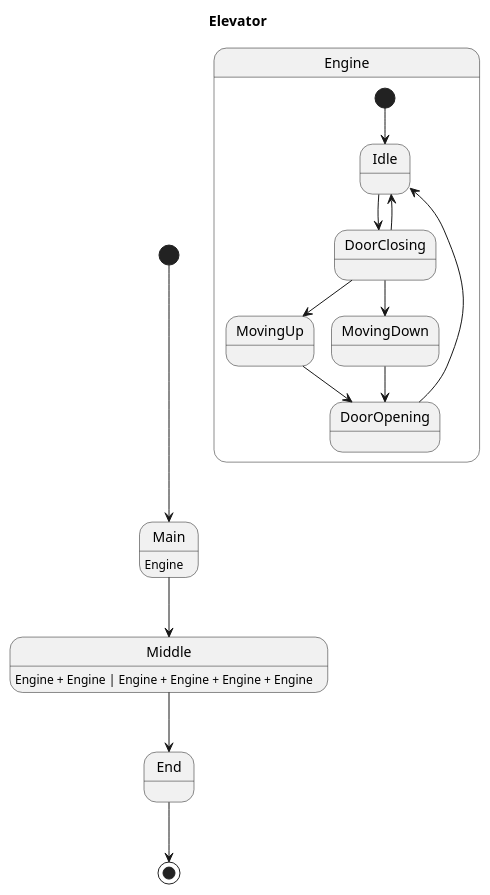
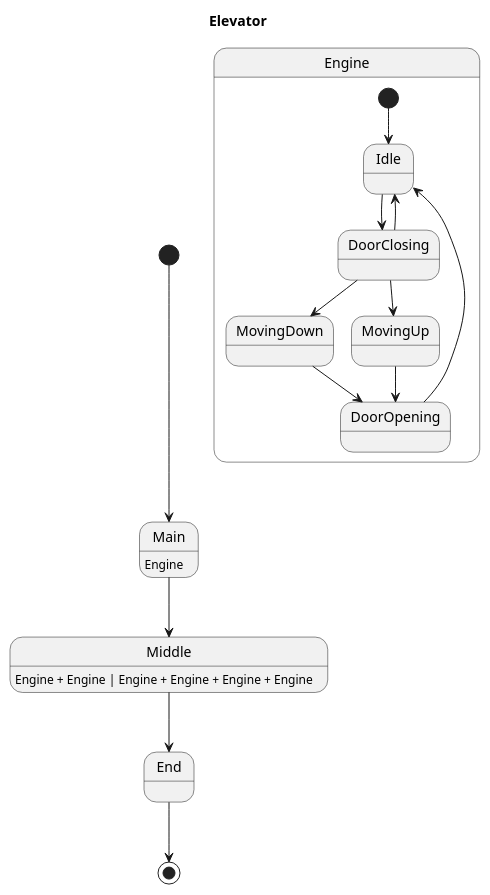
Before and after one commit to Pastor/Takt: the diagram in examples/generated/plantuml/elevator.puml, drawn with PlantUML. The commit also changed other lines of this file and 21 other files, not shown here.

```diff
--- a/examples/generated/plantuml/elevator.puml
+++ b/examples/generated/plantuml/elevator.puml
@@ -1,22 +1,22 @@
 @startuml
 title Elevator
 
 [*] --> Main
+End --> [*]
 Middle : Engine + Engine | Engine + Engine + Engine + Engine
 Middle --> End
-End --> [*]
 Main : Engine
 Main --> Middle
 
 state Engine {
     [*] --> Idle
-    MovingUp --> DoorOpening
-    Idle --> DoorClosing
+    MovingDown --> DoorOpening
     DoorClosing --> Idle
     DoorClosing --> MovingUp
     DoorClosing --> MovingDown
+    Idle --> DoorClosing
+    MovingUp --> DoorOpening
     DoorOpening --> Idle
-    MovingDown --> DoorOpening
 }
 
 @enduml
```
